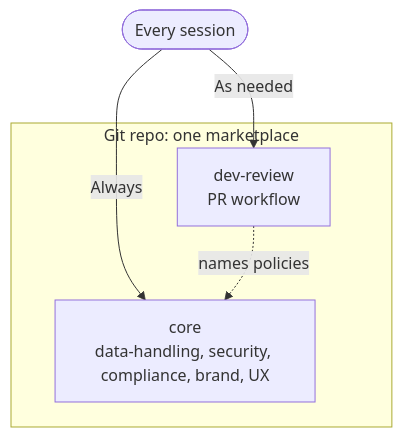
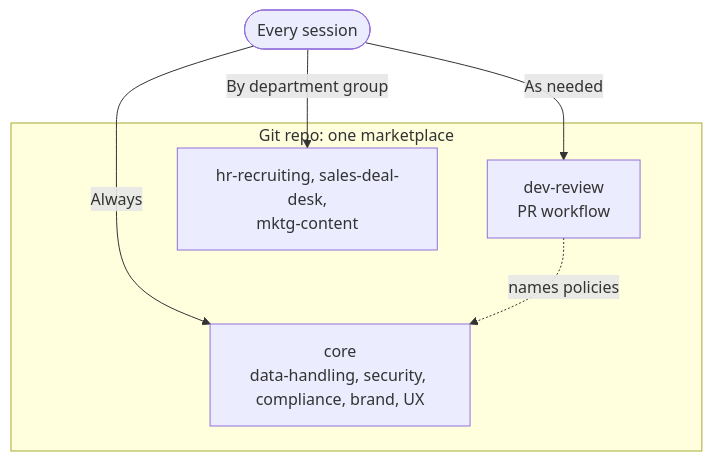
The diagram in README.md (JosephSearle/personal-claude-plugins), drawn with Mermaid before and after one commit. The commit also changed other lines of this file and 8 other files, not shown here.

````diff
--- a/README.md
+++ b/README.md
@@ -62,10 +67,12 @@
 ```mermaid
 flowchart TB
     subgraph repo["Git repo: one marketplace"]
         core["core<br/>data-handling, security, compliance, brand, UX"]
         dev["dev-review<br/>PR workflow"]
+        dept["hr-recruiting, sales-deal-desk,<br/>mktg-content"]
     end
     all(["Every session"]) -->|Always| core
     all -->|As needed| dev
+    all -->|"By department group"| dept
     dev -.->|"names policies"| core
 ```
````
